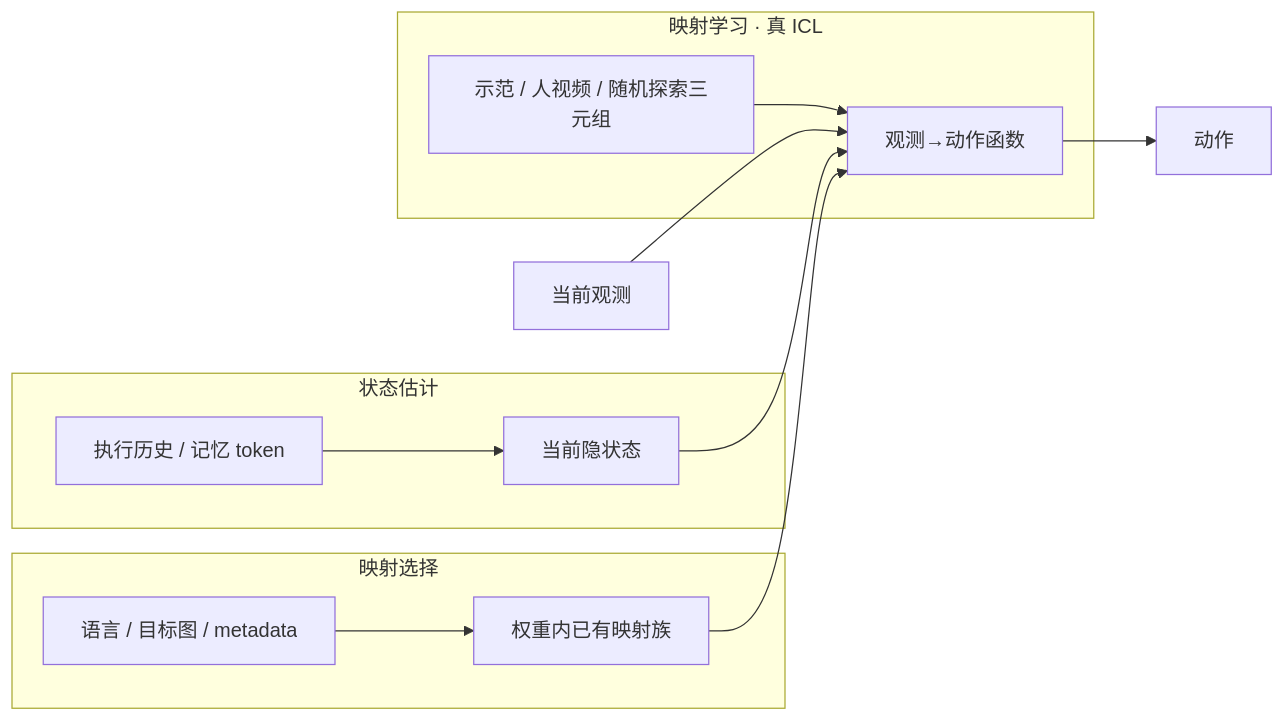
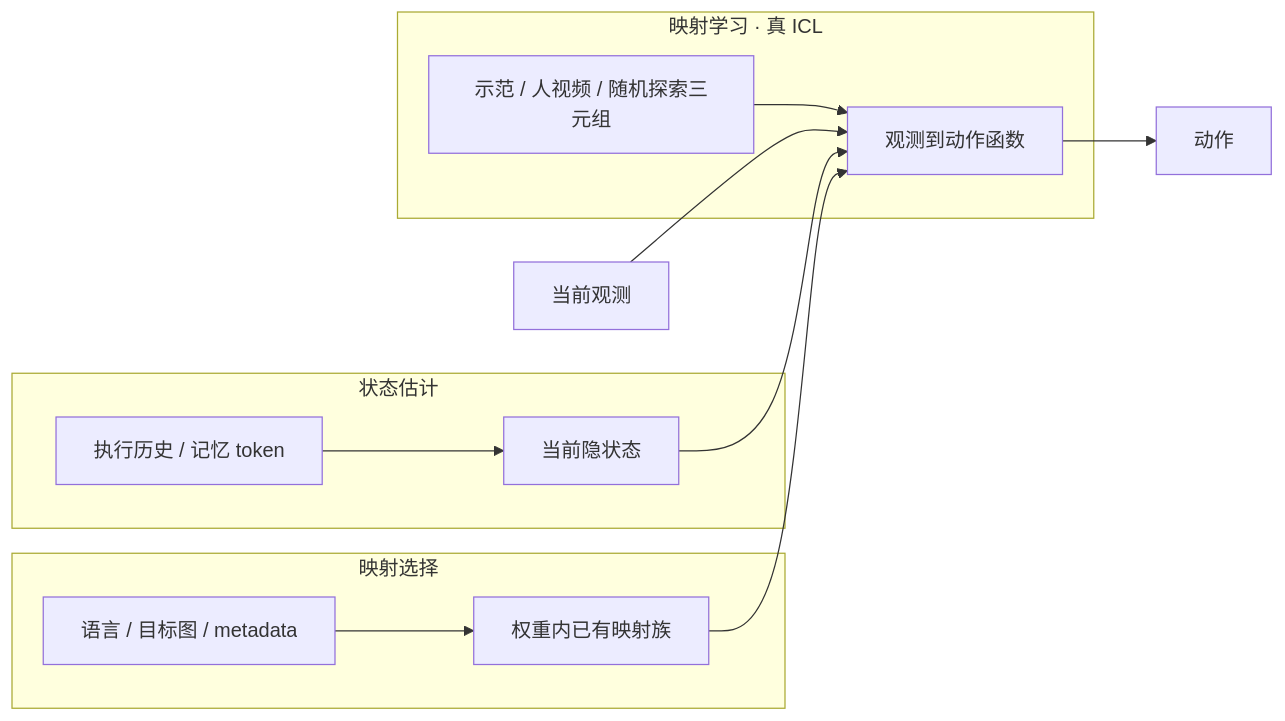
Before and after one commit to ImChong/Robotics_Notebooks: the first of 2 diagrams in wiki/concepts/robot-in-context-learning.md, drawn with Mermaid. The commit also changed other lines of this file and 73 other files, not shown here.

````diff
--- a/wiki/concepts/robot-in-context-learning.md
+++ b/wiki/concepts/robot-in-context-learning.md
@@ -109,22 +125,22 @@
 ```mermaid
 flowchart LR
-  subgraph select [映射选择]
-    M1[语言 / 目标图 / metadata]
-    W[权重内已有映射族]
+  subgraph select ["映射选择"]
+    M1["语言 / 目标图 / metadata"]
+    W["权重内已有映射族"]
     M1 --> W
   end
-  subgraph state [状态估计]
-    H[执行历史 / 记忆 token]
-    S[当前隐状态]
+  subgraph state ["状态估计"]
+    H["执行历史 / 记忆 token"]
+    S["当前隐状态"]
     H --> S
   end
-  subgraph learn [映射学习 · 真 ICL]
-    D[示范 / 人视频 / 随机探索三元组]
-    F[观测→动作函数]
+  subgraph learn ["映射学习 · 真 ICL"]
+    D["示范 / 人视频 / 随机探索三元组"]
+    F["观测到动作函数"]
     D --> F
   end
-  O[当前观测] --> F
+  O["当前观测"] --> F
   S --> F
   W --> F
-  F --> A[动作]
+  F --> A["动作"]
 ```
````
